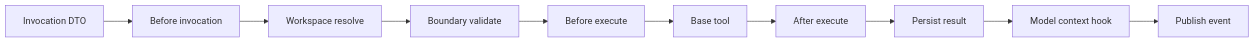
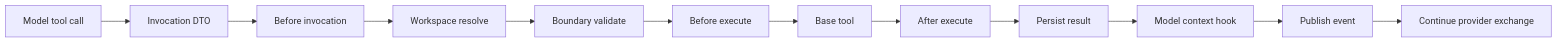
One commit to y0tsy/intention-relay changed the diagram in docs/intention-relay/architecture/05-tools-workspace-and-hooks.md. Above: the diagram before and after it, drawn with Mermaid. The commit also changed other lines of this file and 30 other files, not shown here.

First line of the commit message:
feat(tools): production model-tool loop with daemon-host E2E (#14)

````diff
--- a/docs/intention-relay/architecture/05-tools-workspace-and-hooks.md
+++ b/docs/intention-relay/architecture/05-tools-workspace-and-hooks.md
@@ -98,12 +98,14 @@
 ```mermaid
 flowchart LR
-  IV[Invocation DTO] --> BI[Before invocation]
+  MT[Model tool call] --> IV[Invocation DTO]
+  IV --> BI[Before invocation]
   BI --> WR[Workspace resolve]
   WR --> BV[Boundary validate]
   BV --> BE[Before execute]
   BE --> EX[Base tool]
   EX --> AE[After execute]
   AE --> PE[Persist result]
   PE --> MC[Model context hook]
   MC --> PB[Publish event]
+  PB --> CE[Continue provider exchange]
 ```
````
